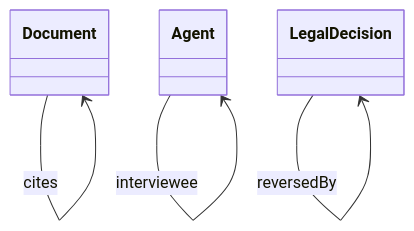
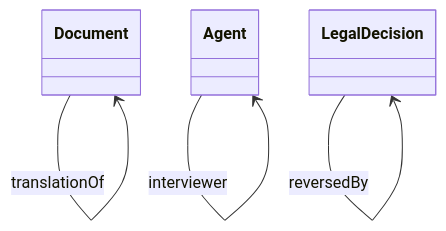
Before and after one commit to oeg-upm/Devos: the diagram in output/Top_in_lov/bibo.rdf-description-3.md, drawn with Mermaid. The commit also changed 354 other files, not shown here.

Commit message:
fix experiment and ontologies to generate diagrams and json results

````diff
--- a/output/Top_in_lov/bibo.rdf-description-3.md
+++ b/output/Top_in_lov/bibo.rdf-description-3.md
@@ -1,38 +1,37 @@
 ```mermaid
 	classDiagram
 
     
     class Document {
     
     }
 
     class Agent {
     
     }
 
     class LegalDecision {
     
     }
 
 
 
 LegalDecision  --> LegalDecision   :affirmedBy  
 
-Document  --> Document   :translationOf  
+Agent  --> Agent   :interviewee  
+
+LegalDecision  --> LegalDecision   :subsequentLegalDecision  
+
+LegalDecision  --> LegalDecision   :reversedBy  
 
 Agent  --> Agent   :interviewer  
 
-Document  --> Document   :citedBy  
+Document  --> Document   :cites  
 
 Document  --> Document   :reproducedIn  
 
-LegalDecision  --> LegalDecision   :subsequentLegalDecision  
+Document  --> Document   :citedBy  
 
-Agent  --> Agent   :interviewee  
-
-LegalDecision  --> LegalDecision   :reversedBy  
-
-Document  --> Document   :cites  
-
+Document  --> Document   :translationOf  
 
 ```
````
